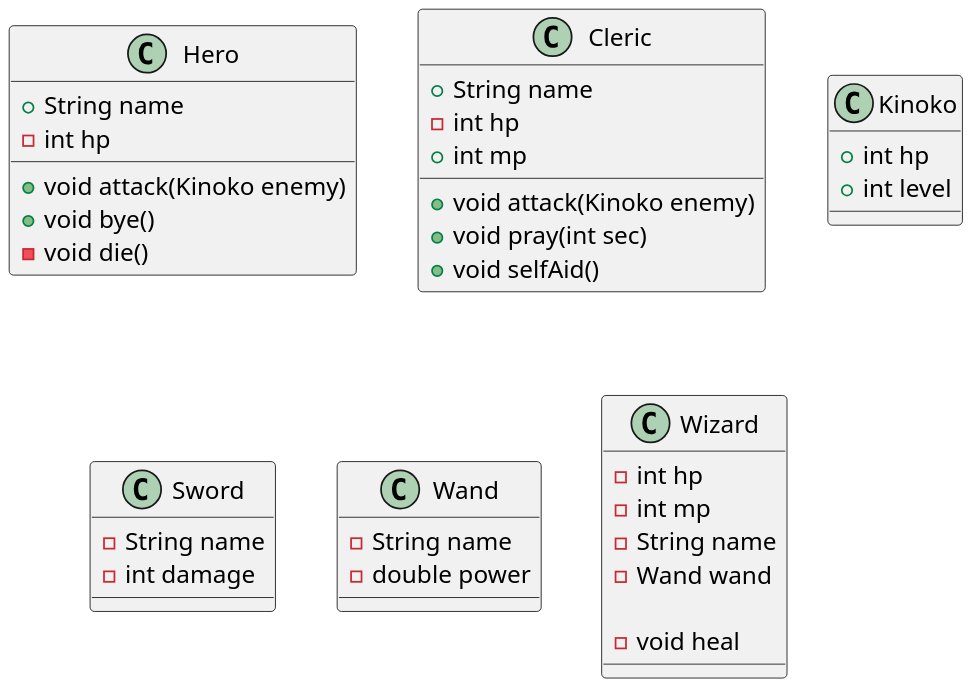
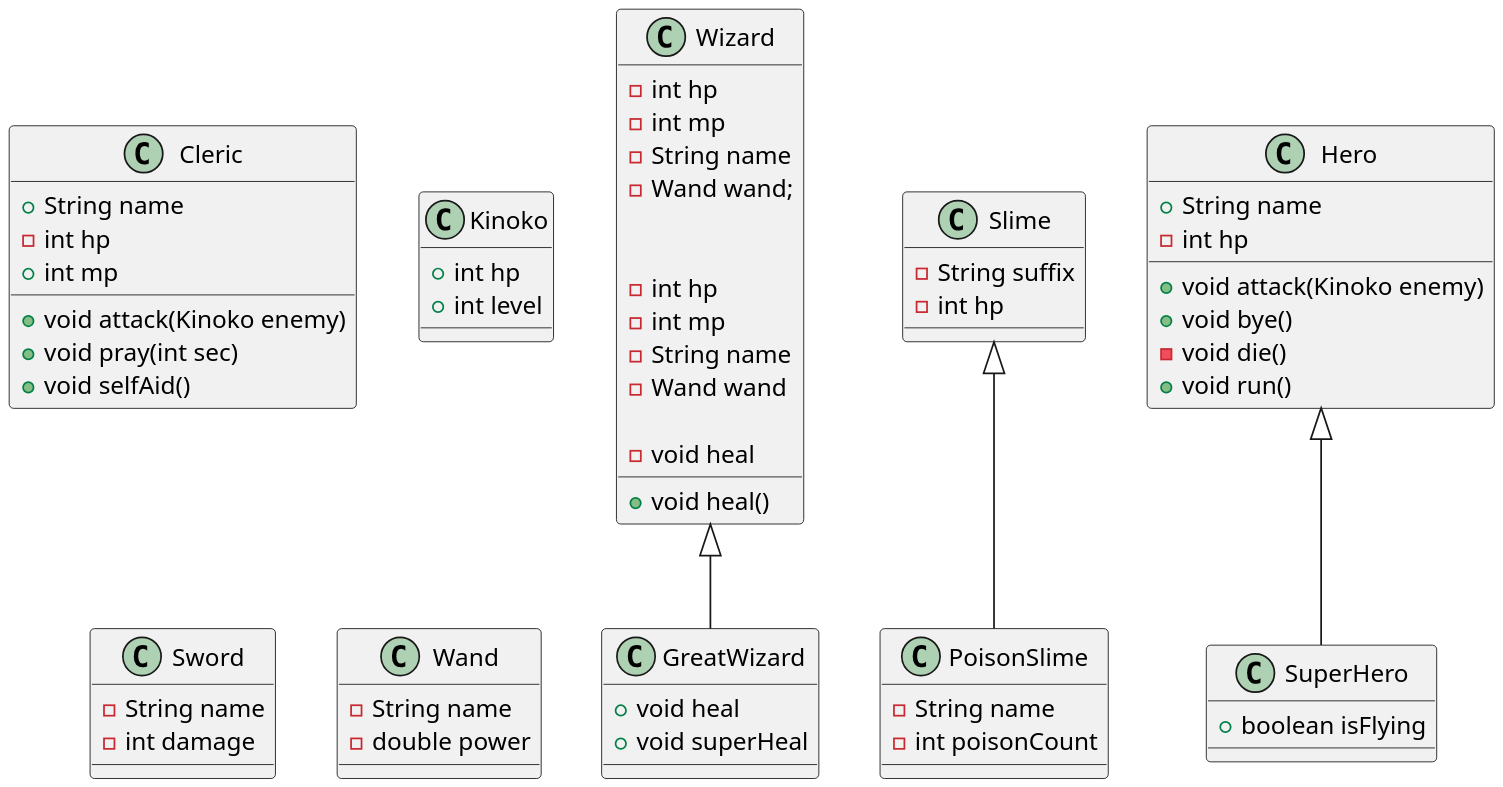
One commit to SurvivalCodingCampus/polytech_java_study changed the diagram in src/main/java/com/survivalcoding/game.puml. Above: the diagram before and after it, drawn with PlantUML.

Commit message:
doce: class 다이어그램 작성

```diff
--- a/src/main/java/com/survivalcoding/game.puml
+++ b/src/main/java/com/survivalcoding/game.puml
@@ -1,49 +1,83 @@
 @startuml
 'https://plantuml.com/class-diagram
 
+
 scale 2
-Class Hero {
+
+class GreatWizard extends Wizard {
+
++ void heal
++ void superHeal
+}
+
+class PoisonSlime extends Slime {
+- String name
+- int poisonCount
+}
+
+
+class Slime {
+-  String suffix
+- int hp
+}
+
+class SuperHero extends Hero {
+    + boolean isFlying
+}
+
+
+class Wizard {
+- int hp
+- int mp
+- String name
+- Wand wand;
+
++ void heal()
+
+}
+class Hero {
     + String name
     - int hp
 
     + void attack(Kinoko enemy)
     + void bye()
     - void die()
+    + void run()
 }
 
 
-Class Cleric {
+class Cleric {
     + String name
     - int hp
     + int mp
 
      + void attack(Kinoko enemy)
      + void pray(int sec)
      + void selfAid()
 }
 
-Class Kinoko {
+class Kinoko {
     + int hp
     + int level
 }
 
 
-Class Sword {
+class Sword {
    - String name
    - int damage
 }
 
-Class Wand {
+class Wand {
     - String name
     - double power
 }
 
-Class Wizard {
+class Wizard {
         - int hp
         - int mp
         - String name
         - Wand wand
 
         - void heal
 }
 @enduml
```
